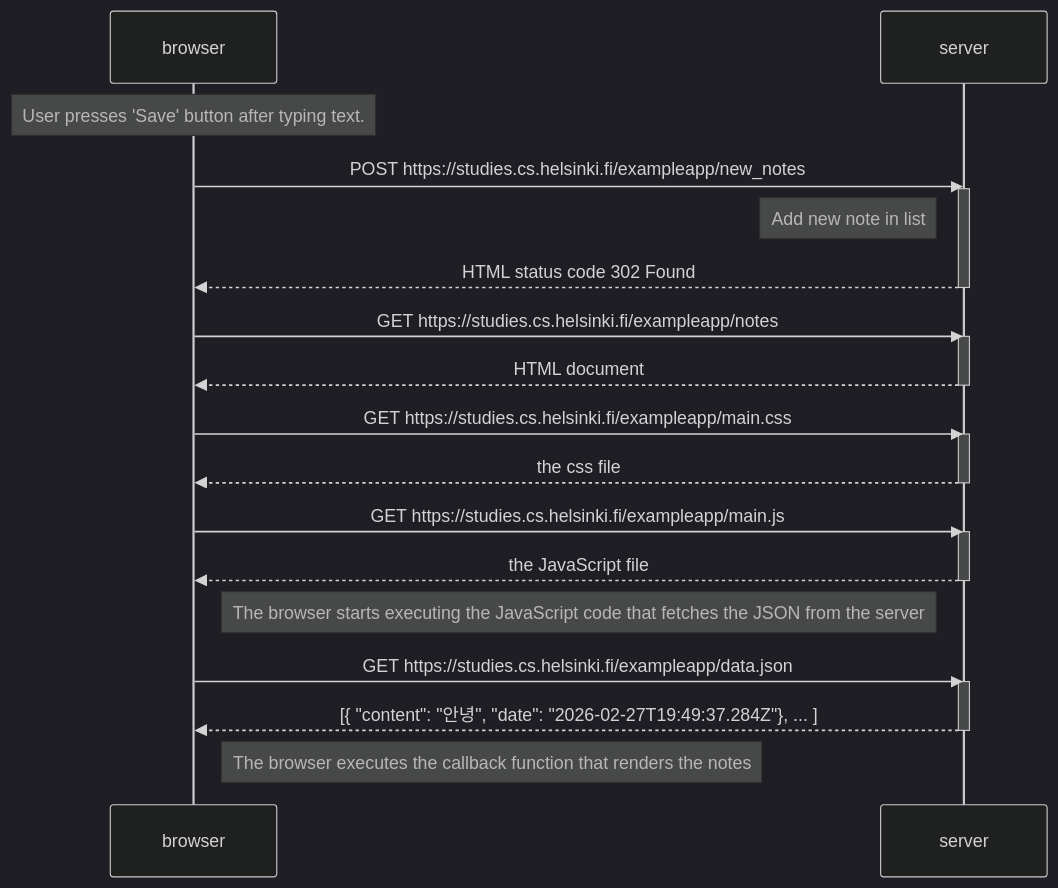
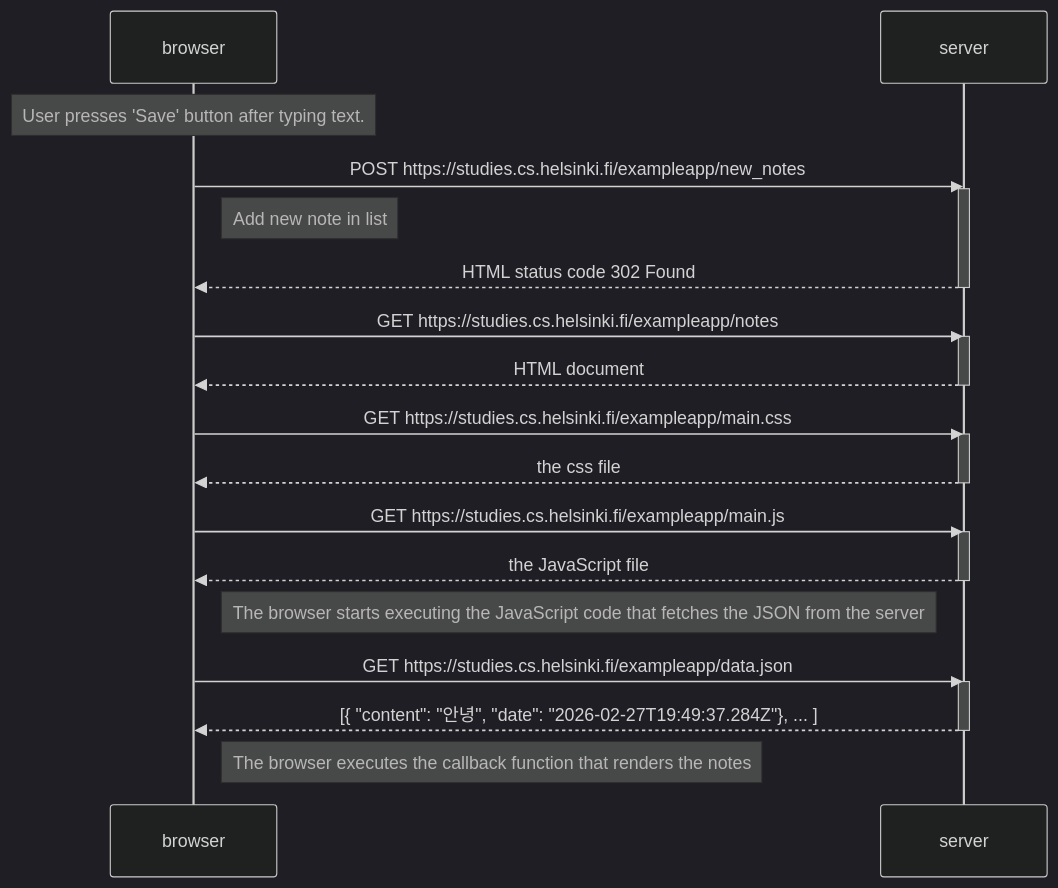
The diagram in part0/New-Note-Diagram.md (wayggstar/FullstackOpen-MOOC), drawn with Mermaid (dark theme) before and after one commit. The commit also changed 1 other file, not shown here.

Commit message:
part0.4, 0.5

````diff
--- a/part0/New-Note-Diagram.md
+++ b/part0/New-Note-Diagram.md
@@ -1,37 +1,37 @@
 ```mermaid
 sequenceDiagram
     participant browser
     participant server
 
     Note over browser: User presses 'Save' button after typing text.
 
     browser->>server: POST https://studies.cs.helsinki.fi/exampleapp/new_notes
     activate server
-    Note left of server: Add new note in list
+    Note right of browser: Add new note in list
     server-->>browser: HTML status code 302 Found
     deactivate server
 
     browser->>server: GET https://studies.cs.helsinki.fi/exampleapp/notes
     activate server
     server-->>browser: HTML document
     deactivate server
 
     browser->>server: GET https://studies.cs.helsinki.fi/exampleapp/main.css
     activate server
     server-->>browser: the css file
     deactivate server
 
     browser->>server: GET https://studies.cs.helsinki.fi/exampleapp/main.js
     activate server
     server-->>browser: the JavaScript file
     deactivate server
 
     Note right of browser: The browser starts executing the JavaScript code that fetches the JSON from the server
 
     browser->>server: GET https://studies.cs.helsinki.fi/exampleapp/data.json
     activate server
     server-->>browser: [{ "content": "안녕", "date": "2026-02-27T19:49:37.284Z"}, ... ]
     deactivate server
 
     Note right of browser: The browser executes the callback function that renders the notes
 ```
````
